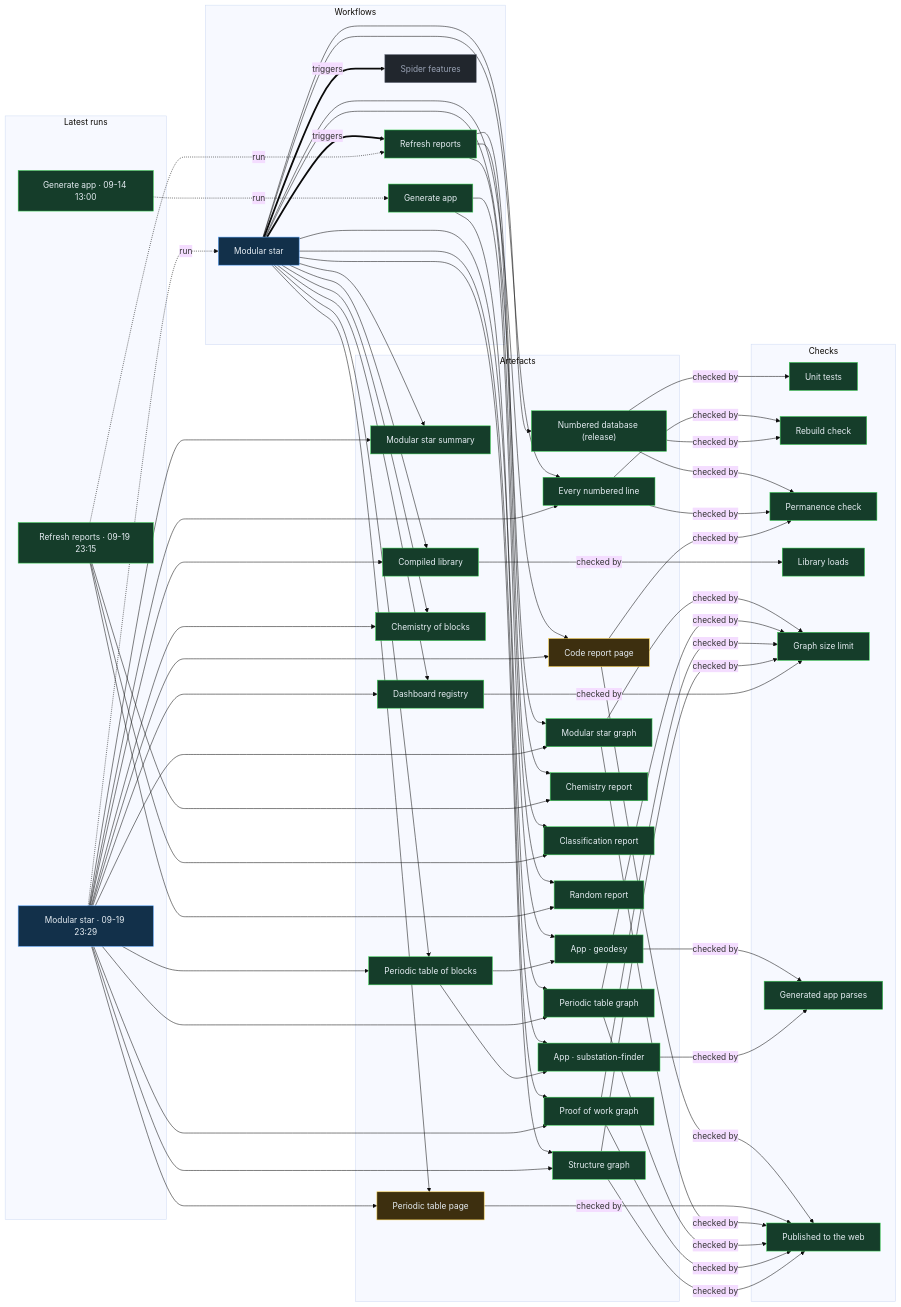
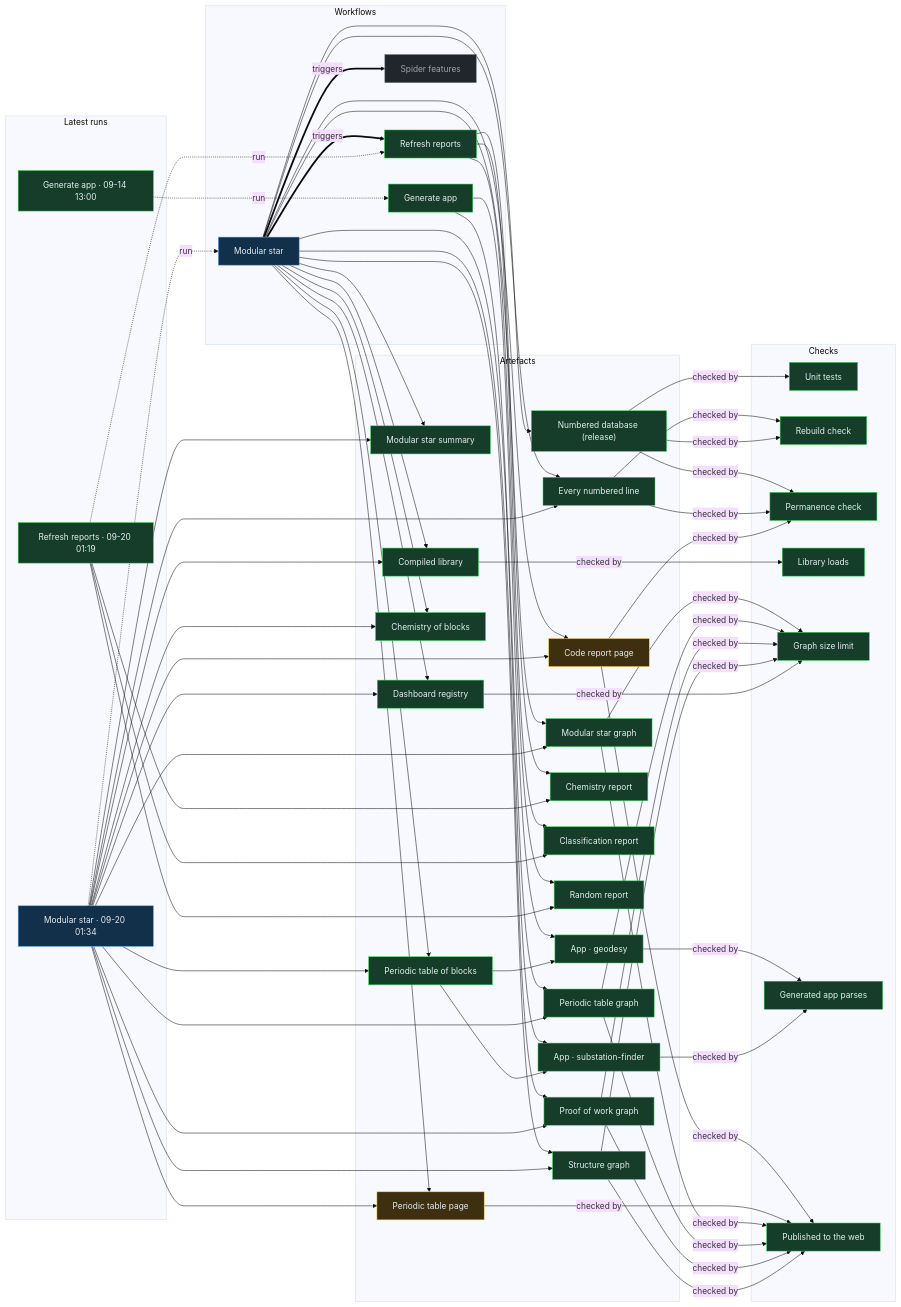
The diagram in proof/PROOF.md (Ventusltd/stars), drawn with Mermaid (base theme) before and after one commit. The commit also changed other lines of this file and 185 other files, not shown here.

Commit message:
Modular star 2026-09-20T01:36Z

```diff
--- a/proof/PROOF.md
+++ b/proof/PROOF.md
@@ -24,8 +24,8 @@
   n_wf_spider_features["Spider features"]:::off
   end
   subgraph g_runs["Latest runs"]
-  n_run_35476240742["Modular star · 09-19 23:29"]:::live
-  n_run_35475615426["Refresh reports · 09-19 23:15"]:::ok
+  n_run_35481740421["Modular star · 09-20 01:34"]:::live
+  n_run_35481082216["Refresh reports · 09-20 01:19"]:::ok
   n_run_34846587798["Generate app · 09-14 13:00"]:::ok
   end
   subgraph g_artefacts["Artefacts"]
@@ -59,39 +59,39 @@
   end
   n_wf_modular_star == triggers ==> n_wf_refresh
   n_wf_modular_star == triggers ==> n_wf_spider_features
-  n_run_35476240742 -. run .-> n_wf_modular_star
-  n_run_35475615426 -. run .-> n_wf_refresh
+  n_run_35481740421 -. run .-> n_wf_modular_star
+  n_run_35481082216 -. run .-> n_wf_refresh
   n_run_34846587798 -. run .-> n_wf_generate
   n_wf_modular_star --> n_art_summary
-  n_run_35476240742 --> n_art_summary
+  n_run_35481740421 --> n_art_summary
   n_wf_modular_star --> n_art_lines
-  n_run_35476240742 --> n_art_lines
+  n_run_35481740421 --> n_art_lines
   n_wf_modular_star --> n_art_code
-  n_run_35476240742 --> n_art_code
+  n_run_35481740421 --> n_art_code
   n_wf_modular_star --> n_art_modular_graph
-  n_run_35476240742 --> n_art_modular_graph
+  n_run_35481740421 --> n_art_modular_graph
   n_wf_modular_star --> n_art_blocks
-  n_run_35476240742 --> n_art_blocks
+  n_run_35481740421 --> n_art_blocks
   n_wf_modular_star --> n_art_table
-  n_run_35476240742 --> n_art_table
+  n_run_35481740421 --> n_art_table
   n_wf_modular_star --> n_art_blocks_graph
-  n_run_35476240742 --> n_art_blocks_graph
+  n_run_35481740421 --> n_art_blocks_graph
   n_wf_modular_star --> n_art_reactions
-  n_run_35476240742 --> n_art_reactions
+  n_run_35481740421 --> n_art_reactions
   n_wf_modular_star --> n_art_library
-  n_run_35476240742 --> n_art_library
+  n_run_35481740421 --> n_art_library
   n_wf_modular_star --> n_art_features
-  n_run_35476240742 --> n_art_features
+  n_run_35481740421 --> n_art_features
   n_wf_modular_star --> n_art_proof
-  n_run_35476240742 --> n_art_proof
+  n_run_35481740421 --> n_art_proof
   n_wf_modular_star --> n_art_structure
-  n_run_35476240742 --> n_art_structure
+  n_run_35481740421 --> n_art_structure
   n_wf_refresh --> n_art_chemistry
-  n_run_35475615426 --> n_art_chemistry
+  n_run_35481082216 --> n_art_chemistry
   n_wf_refresh --> n_art_vedic
-  n_run_35475615426 --> n_art_vedic
+  n_run_35481082216 --> n_art_vedic
   n_wf_refresh --> n_art_random
-  n_run_35475615426 --> n_art_random
+  n_run_35481082216 --> n_art_random
   n_wf_modular_star --> n_art_release
   n_wf_generate --> n_app_geodesy
   n_art_blocks --> n_app_geodesy
```
